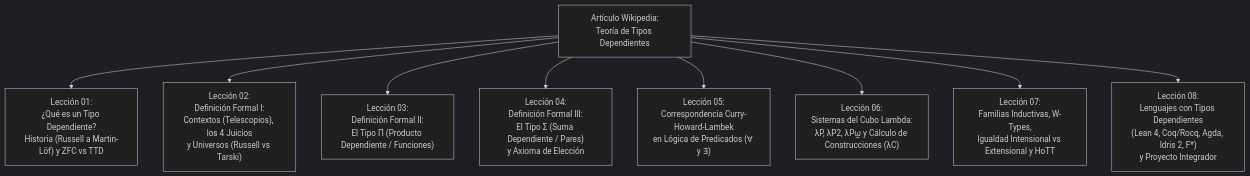
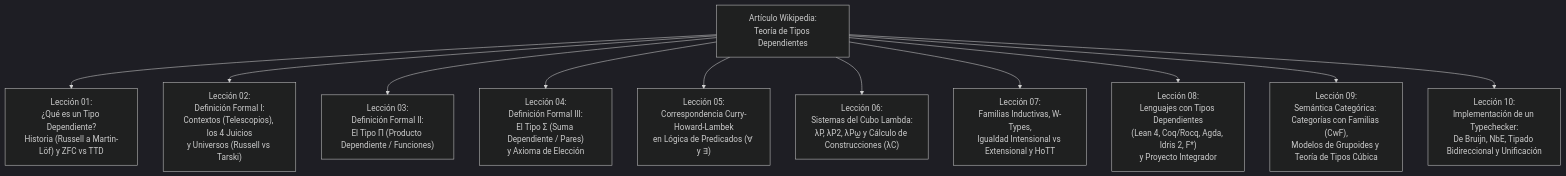
Before and after one commit to LegalIntermediaSL/Lean: the diagram in docs/curso_teoria_tipos_dependientes/00_indice_minicurso_ttd.md, drawn with Mermaid (dark theme). The commit also changed other lines of this file and 20 other files, not shown here.

````diff
--- a/docs/curso_teoria_tipos_dependientes/00_indice_minicurso_ttd.md
+++ b/docs/curso_teoria_tipos_dependientes/00_indice_minicurso_ttd.md
@@ -23,12 +23,14 @@
 ```mermaid
 flowchart TD
     Wiki["Artículo Wikipedia:<br/>Teoría de Tipos Dependientes"]
     Wiki --> L1["Lección 01:<br/>¿Qué es un Tipo Dependiente?<br/>Historia (Russell a Martin-Löf) y ZFC vs TTD"]
     Wiki --> L2["Lección 02:<br/>Definición Formal I:<br/>Contextos (Telescopios), los 4 Juicios<br/>y Universos (Russell vs Tarski)"]
     Wiki --> L3["Lección 03:<br/>Definición Formal II:<br/>El Tipo Π (Producto Dependiente / Funciones)"]
     Wiki --> L4["Lección 04:<br/>Definición Formal III:<br/>El Tipo Σ (Suma Dependiente / Pares)<br/>y Axioma de Elección"]
     Wiki --> L5["Lección 05:<br/>Correspondencia Curry-Howard-Lambek<br/>en Lógica de Predicados (∀ y ∃)"]
     Wiki --> L6["Lección 06:<br/>Sistemas del Cubo Lambda:<br/>λP, λP2, λPω̲ y Cálculo de Construcciones (λC)"]
     Wiki --> L7["Lección 07:<br/>Familias Inductivas, W-Types,<br/>Igualdad Intensional vs Extensional y HoTT"]
     Wiki --> L8["Lección 08:<br/>Lenguajes con Tipos Dependientes<br/>(Lean 4, Coq/Rocq, Agda, Idris 2, F*)<br/>y Proyecto Integrador"]
+    Wiki --> L9["Lección 09:<br/>Semántica Categórica: Categorías con Familias (CwF),<br/>Modelos de Grupoides y Teoría de Tipos Cúbica"]
+    Wiki --> L10["Lección 10:<br/>Implementación de un Typechecker:<br/>De Bruijn, NbE, Tipado Bidireccional y Unificación"]
 ```
````
